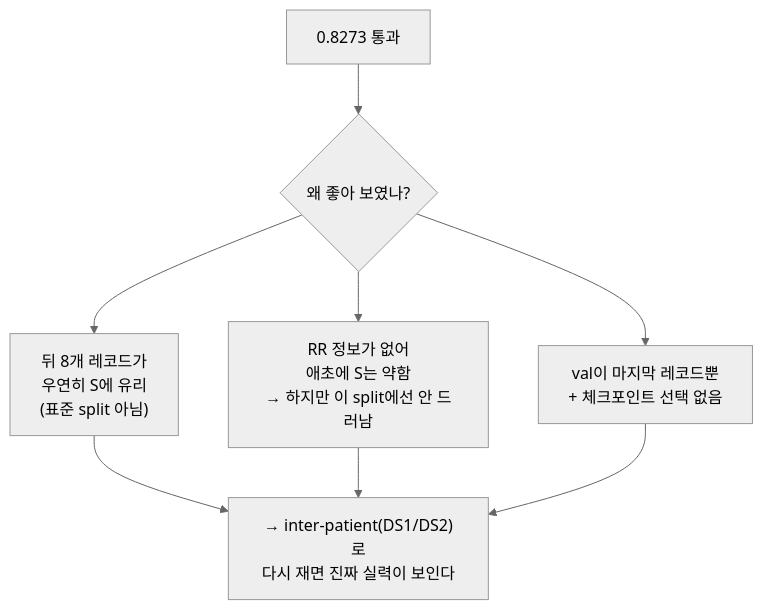
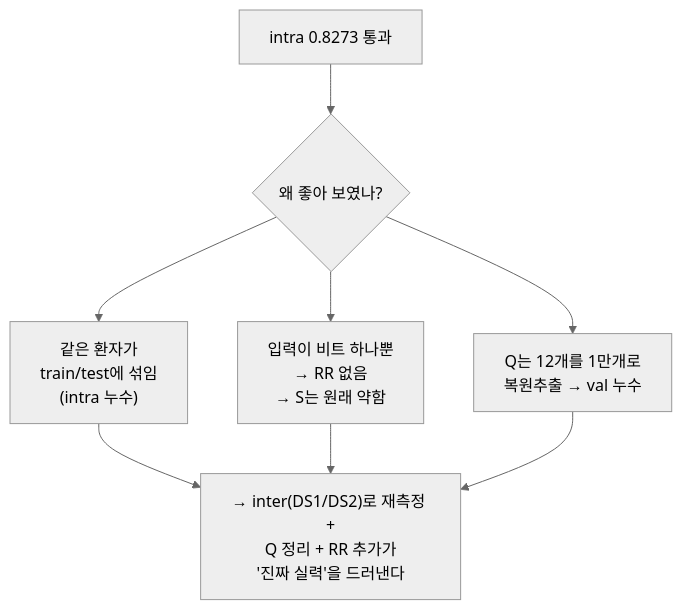
Before and after one commit to ehdbddl06001-ui/my-github-test: the first of 3 diagrams in content/ailab/ailab-2026-0007.md, drawn with Mermaid (neutral theme). The commit also changed other lines of this file and 2 other files, not shown here.

````diff
--- a/content/ailab/ailab-2026-0007.md
+++ b/content/ailab/ailab-2026-0007.md
@@ -92,10 +76,10 @@
 ```mermaid
 flowchart TB
-  P["0.8273 통과"] --> Q1{"왜 좋아 보였나?"}
-  Q1 --> R1["뒤 8개 레코드가<br/>우연히 S에 유리<br/>(표준 split 아님)"]
-  Q1 --> R2["RR 정보가 없어<br/>애초에 S는 약함<br/>→ 하지만 이 split에선 안 드러남"]
-  Q1 --> R3["val이 마지막 레코드뿐<br/>+ 체크포인트 선택 없음"]
-  R1 --> F["→ inter-patient(DS1/DS2)로<br/>다시 재면 진짜 실력이 보인다"]
+  P["intra 0.8273 통과"] --> Q1{"왜 좋아 보였나?"}
+  Q1 --> R1["같은 환자가<br/>train/test에 섞임<br/>(intra 누수)"]
+  Q1 --> R2["입력이 비트 하나뿐<br/>→ RR 없음<br/>→ S는 원래 약함"]
+  Q1 --> R3["Q는 12개를 1만개로<br/>복원추출 → val 누수"]
+  R1 --> F["→ inter(DS1/DS2)로 재측정 +<br/>Q 정리 + RR 추가가<br/>'진짜 실력'을 드러낸다"]
   R2 --> F
   R3 --> F
 ```
````
